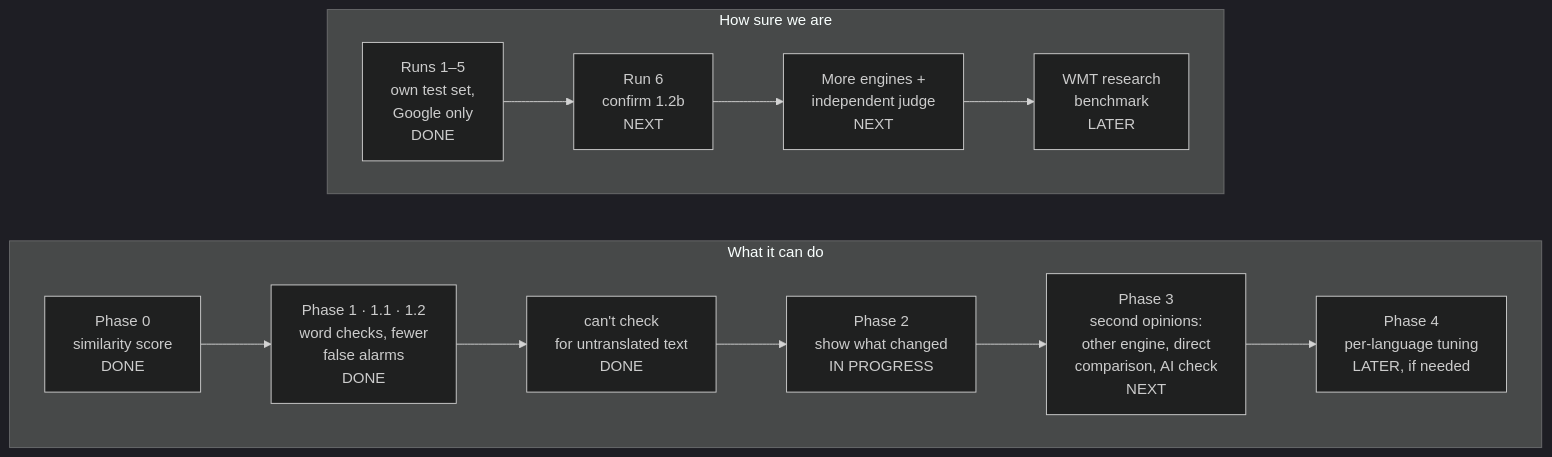
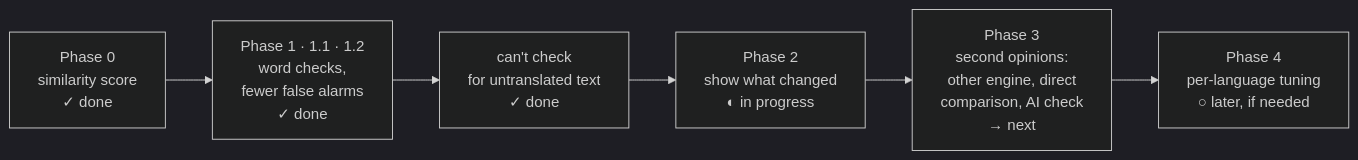
The third of 5 diagrams in docs/meaning-check-tests/README.md (chrisqtruong/vox2), drawn with Mermaid (dark theme) before and after one commit. The commit also changed other lines of this file, not shown here.

Commit message:
Docs: clearer Meaning Check diagrams on GitHub

````diff
--- a/docs/meaning-check-tests/README.md
+++ b/docs/meaning-check-tests/README.md
@@ -79,17 +81,8 @@
 ```mermaid
 flowchart LR
-    subgraph Phases[What it can do]
-        direction LR
-        P0[Phase 0<br/>similarity score<br/>DONE] --> P1[Phase 1 · 1.1 · 1.2<br/>word checks, fewer<br/>false alarms<br/>DONE]
-        P1 --> U[can't check<br/>for untranslated text<br/>DONE]
-        U --> P2[Phase 2<br/>show what changed<br/>IN PROGRESS]
-        P2 --> P3[Phase 3<br/>second opinions:<br/>other engine, direct<br/>comparison, AI check<br/>NEXT]
-        P3 --> P4[Phase 4<br/>per-language tuning<br/>LATER, if needed]
-    end
-    subgraph Tests[How sure we are]
-        direction LR
-        R1[Runs 1–5<br/>own test set,<br/>Google only<br/>DONE] --> R6[Run 6<br/>confirm 1.2b<br/>NEXT]
-        R6 --> E[More engines +<br/>independent judge<br/>NEXT]
-        E --> W[WMT research<br/>benchmark<br/>LATER]
-    end
+    P0[Phase 0<br/>similarity score<br/>✓ done] --> P1[Phase 1 · 1.1 · 1.2<br/>word checks,<br/>fewer false alarms<br/>✓ done]
+    P1 --> U[can't check<br/>for untranslated text<br/>✓ done]
+    U --> P2[Phase 2<br/>show what changed<br/>◐ in progress]
+    P2 --> P3[Phase 3<br/>second opinions:<br/>other engine, direct<br/>comparison, AI check<br/>→ next]
+    P3 --> P4[Phase 4<br/>per-language tuning<br/>○ later, if needed]
 ```
````
